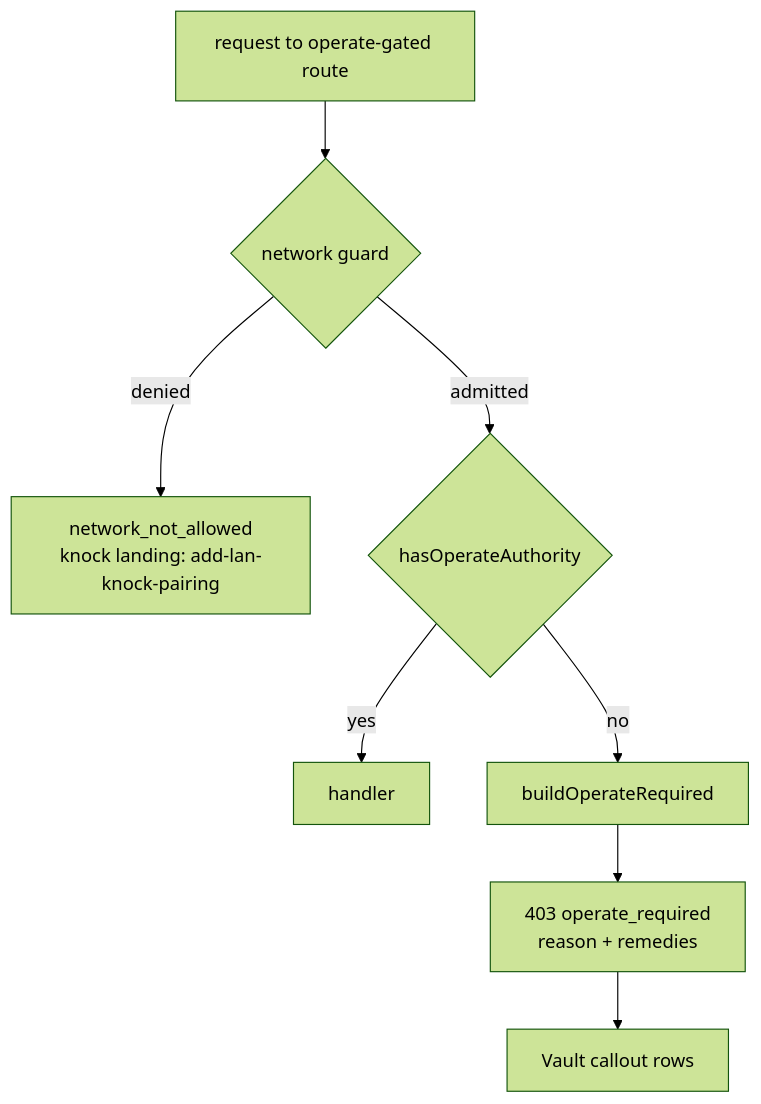
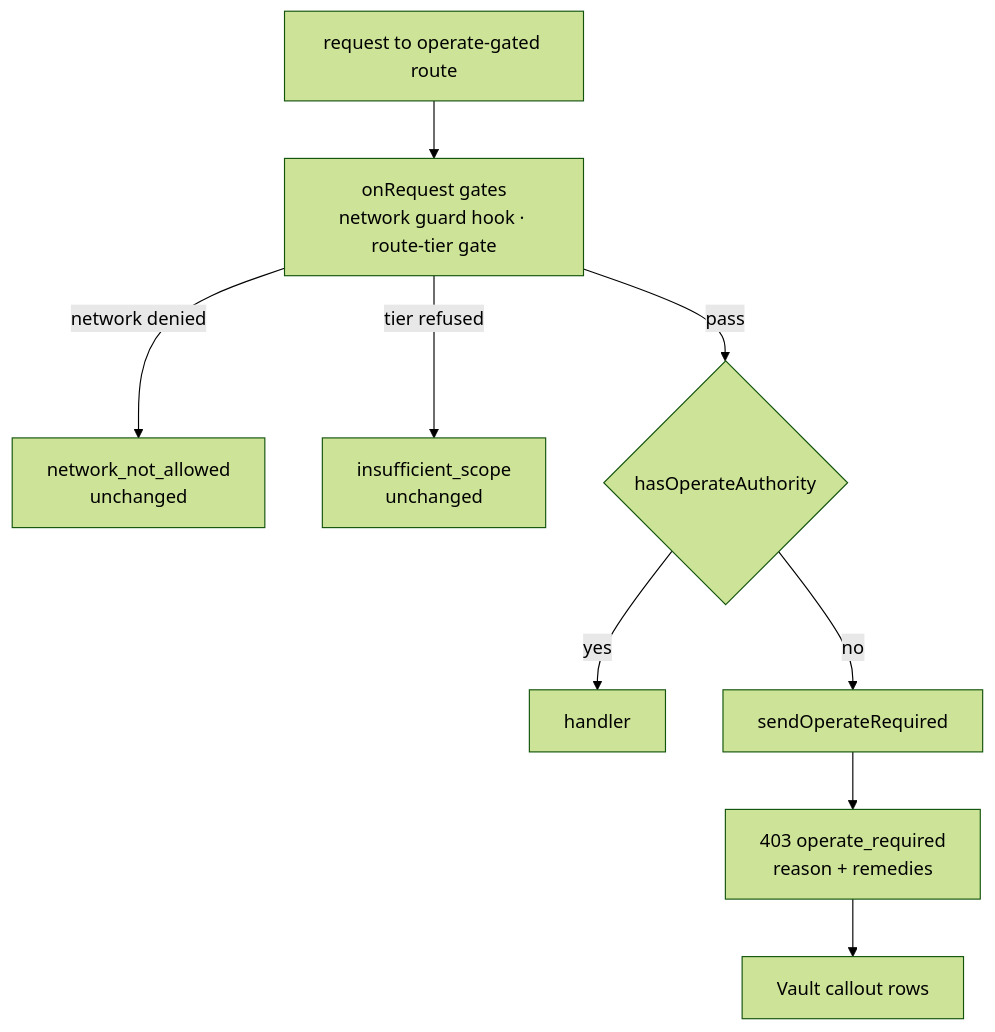
The diagram in openspec/changes/surface-operate-required-remedy/design.md (BlackBeltTechnology/pi-agent-dashboard), drawn with Mermaid (forest theme) before and after one commit. The commit also changed other lines of this file and 13 other files, not shown here.

First line of the commit message:
openspec(surface-operate-required-remedy): plan-proposal — 3 doubt cycles, approved callout mockup, test-plan manifest, folded tasks

````diff
--- a/openspec/changes/surface-operate-required-remedy/design.md
+++ b/openspec/changes/surface-operate-required-remedy/design.md
@@ -16,10 +41,11 @@
 ```mermaid
 flowchart TD
-  R[request to operate-gated route] --> G{network guard}
-  G -- denied --> N[network_not_allowed<br/>knock landing: add-lan-knock-pairing]
-  G -- admitted --> O{hasOperateAuthority}
+  R[request to operate-gated route] --> H["onRequest gates<br/>network guard hook · route-tier gate"]
+  H -- network denied --> N[network_not_allowed<br/>unchanged]
+  H -- tier refused --> S[insufficient_scope<br/>unchanged]
+  H -- pass --> O{hasOperateAuthority}
   O -- yes --> OK[handler]
-  O -- no --> B[buildOperateRequired]
+  O -- no --> B[sendOperateRequired]
   B --> V[403 operate_required<br/>reason + remedies]
   V --> C[Vault callout rows]
 ```
````
